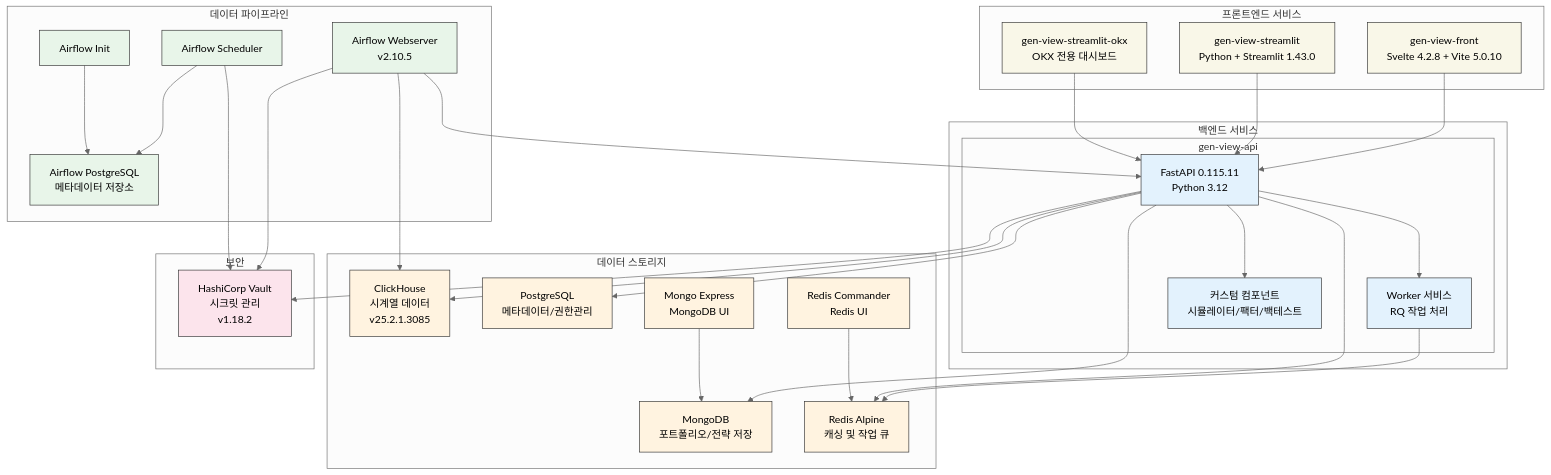
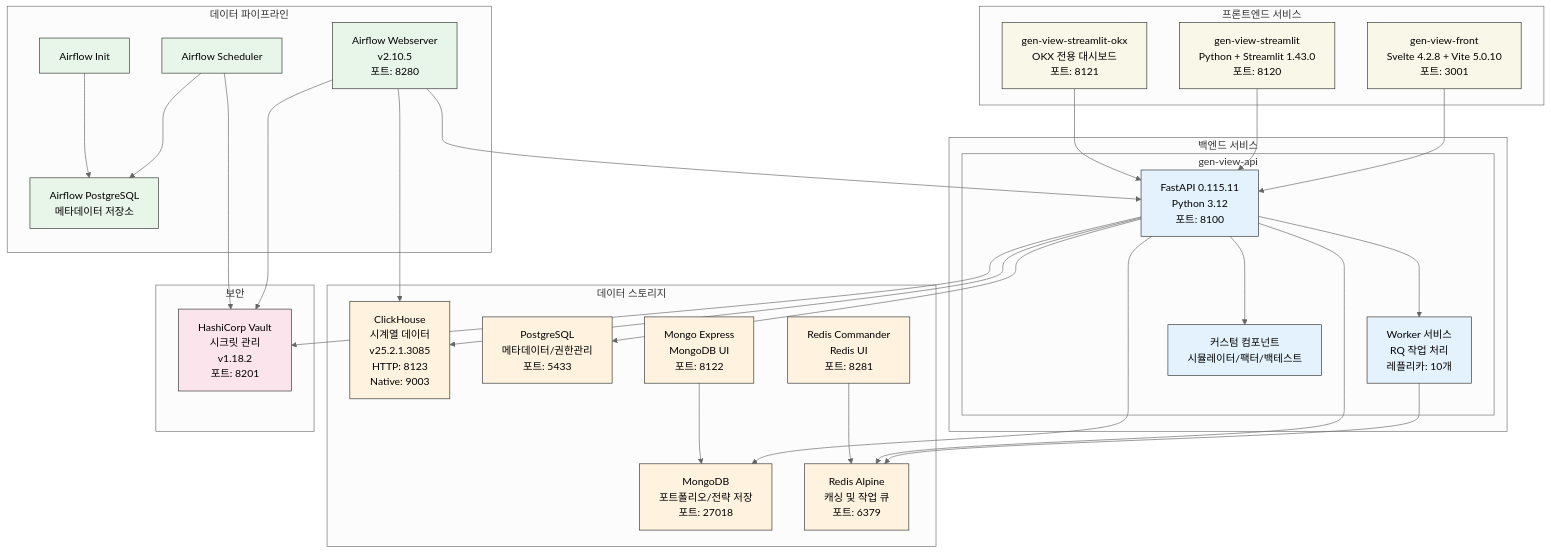
The first of 4 diagrams in profile/README.md (gen-view/.github), drawn with Mermaid (neutral theme) before and after one commit. The commit also changed other lines of this file, not shown here.

Commit message:
README.md 파일 업데이트: 서비스 포트 정보 추가 및 네트워크와 볼륨 구성 다이어그램 추가

````diff
--- a/profile/README.md
+++ b/profile/README.md
@@ -3,79 +3,79 @@
 ``` mermaid
 graph TB
     subgraph Frontend["프론트엔드 서비스"]
-        F[gen-view-front<br>Svelte 4.2.8 + Vite 5.0.10]
-        S[gen-view-streamlit<br>Python + Streamlit 1.43.0]
-        SO[gen-view-streamlit-okx<br>OKX 전용 대시보드]
+        F[gen-view-front<br>Svelte 4.2.8 + Vite 5.0.10<br>포트: 3001]
+        S[gen-view-streamlit<br>Python + Streamlit 1.43.0<br>포트: 8120]
+        SO[gen-view-streamlit-okx<br>OKX 전용 대시보드<br>포트: 8121]
     end
 
     subgraph Backend["백엔드 서비스"]
         subgraph API["gen-view-api"]
-            API_Core[FastAPI 0.115.11<br>Python 3.12]
-            API_Worker[Worker 서비스<br>RQ 작업 처리]
+            API_Core[FastAPI 0.115.11<br>Python 3.12<br>포트: 8100]
+            API_Worker[Worker 서비스<br>RQ 작업 처리<br>레플리카: 10개]
             API_Components[커스텀 컴포넌트<br>시뮬레이터/팩터/백테스트]
         end
     end
 
     subgraph DataPipeline["데이터 파이프라인"]
-        AF_W[Airflow Webserver<br>v2.10.5]
+        AF_W[Airflow Webserver<br>v2.10.5<br>포트: 8280]
         AF_S[Airflow Scheduler]
         AF_P[Airflow PostgreSQL<br>메타데이터 저장소]
         AF_I[Airflow Init]
     end
 
     subgraph Storage["데이터 스토리지"]
-        CH[ClickHouse<br>시계열 데이터<br>v25.2.1.3085]
-        PG[PostgreSQL<br>메타데이터/권한관리]
-        MG[MongoDB<br>포트폴리오/전략 저장]
-        RD[Redis Alpine<br>캐싱 및 작업 큐]
-        ME[Mongo Express<br>MongoDB UI]
-        RC[Redis Commander<br>Redis UI]
+        CH[ClickHouse<br>시계열 데이터<br>v25.2.1.3085<br>HTTP: 8123<br>Native: 9003]
+        PG[PostgreSQL<br>메타데이터/권한관리<br>포트: 5433]
+        MG[MongoDB<br>포트폴리오/전략 저장<br>포트: 27018]
+        RD[Redis Alpine<br>캐싱 및 작업 큐<br>포트: 6379]
+        ME[Mongo Express<br>MongoDB UI<br>포트: 8122]
+        RC[Redis Commander<br>Redis UI<br>포트: 8281]
     end
 
     subgraph Security["보안"]
-        V[HashiCorp Vault<br>시크릿 관리<br>v1.18.2]
+        V[HashiCorp Vault<br>시크릿 관리<br>v1.18.2<br>포트: 8201]
     end
 
     %% 프론트엔드 연결
     F --> API_Core
     S --> API_Core
     SO --> API_Core
     
     %% API 내부 연결
     API_Core --> API_Worker
     API_Core --> API_Components
     API_Worker --> RD
     
     %% Airflow 연결
     AF_W --> API_Core
     AF_W --> CH
     AF_S --> AF_P
     AF_I --> AF_P
     
     %% 데이터 저장소 연결
     API_Core --> V
     API_Core --> CH
     API_Core --> PG
     API_Core --> MG
     API_Core --> RD
     
     %% UI 도구 연결
     ME --> MG
     RC --> RD
     
     %% Vault 연결
     AF_W --> V
     AF_S --> V
 
     classDef frontendStyle fill:#f9f7e8,stroke:#333,stroke-width:1px
     classDef backendStyle fill:#e3f2fd,stroke:#333,stroke-width:1px
     classDef pipelineStyle fill:#e8f5e9,stroke:#333,stroke-width:1px
     classDef storageStyle fill:#fff3e0,stroke:#333,stroke-width:1px
     classDef securityStyle fill:#fce4ec,stroke:#333,stroke-width:1px
     
     class F,S,SO frontendStyle
     class API_Core,API_Worker,API_Components backendStyle
     class AF_W,AF_S,AF_P,AF_I pipelineStyle
     class CH,PG,MG,RD,ME,RC storageStyle
     class V securityStyle
 ```
````
